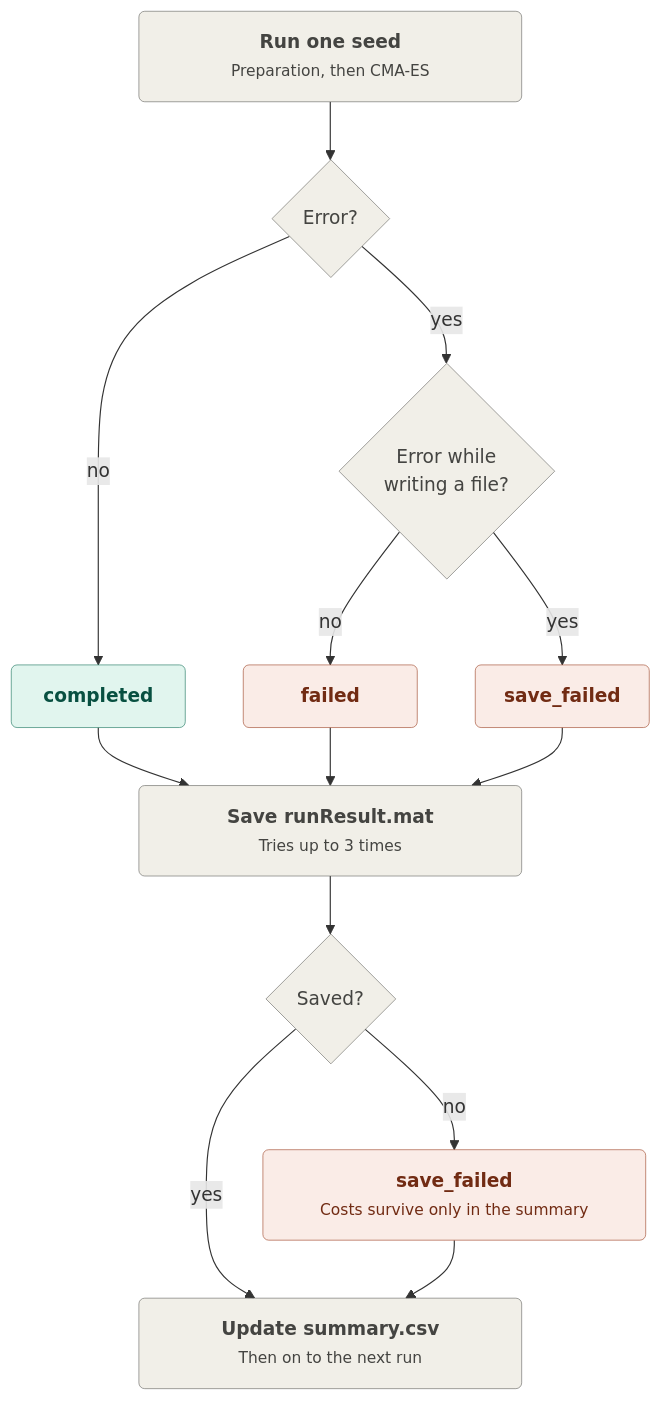
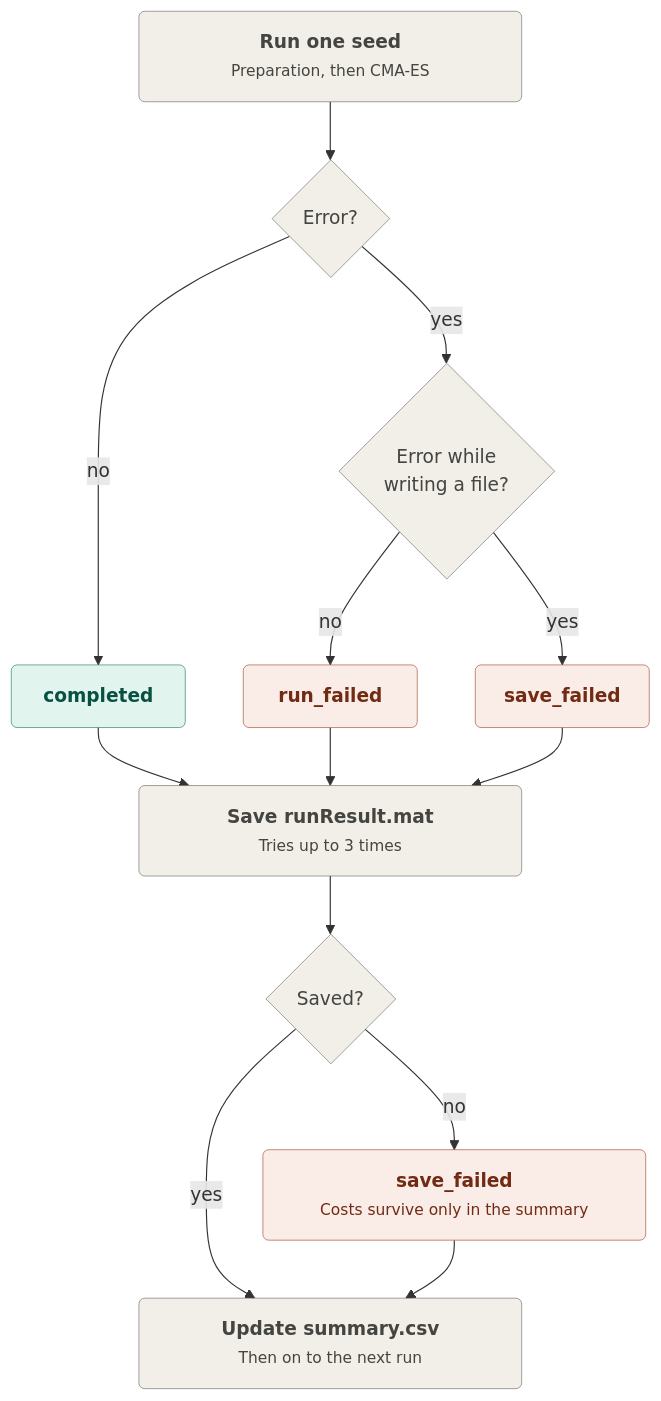
Before and after one commit to dacvm/UltrasoundBased2D3DBonePoseEstimation: the first of 3 diagrams in docs/bookkeeping.md, drawn with Mermaid. The commit also changed other lines of this file and 3 other files, not shown here.

Commit message:
Use the run_failed status name in the docs

````diff
--- a/docs/bookkeeping.md
+++ b/docs/bookkeeping.md
@@ -47,26 +47,26 @@
 ```mermaid
 flowchart TD
     classDef book fill:#F1EFE8,stroke:#5F5E5A,color:#444441,stroke-width:0.5px
     classDef ok   fill:#E1F5EE,stroke:#0F6E56,color:#085041,stroke-width:0.5px
     classDef fail fill:#FAECE7,stroke:#993C1D,color:#712B13,stroke-width:0.5px
 
     A("<span style='display:inline-block;width:300px'><b>Run one seed</b><br/><small>Preparation, then CMA-ES</small></span>"):::book
     Q1{"Error?"}:::book
     Q2{"Error while<br/>writing a file?"}:::book
     OK("<span style='display:inline-block;width:120px'><b>completed</b></span>"):::ok
-    F("<span style='display:inline-block;width:120px'><b>failed</b></span>"):::fail
+    F("<span style='display:inline-block;width:120px'><b>run_failed</b></span>"):::fail
     SF("<span style='display:inline-block;width:120px'><b>save_failed</b></span>"):::fail
     S("<span style='display:inline-block;width:300px'><b>Save runResult.mat</b><br/><small>Tries up to 3 times</small></span>"):::book
     Q3{"Saved?"}:::book
     SF2("<span style='display:inline-block;width:300px'><b>save_failed</b><br/><small>Costs survive only in the summary</small></span>"):::fail
     U("<span style='display:inline-block;width:300px'><b>Update summary.csv</b><br/><small>Then on to the next run</small></span>"):::book
 
     A --> Q1
     Q1 -- no --> OK
     Q1 -- yes --> Q2
     Q2 -- no --> F
     Q2 -- yes --> SF
     OK & F & SF --> S --> Q3
     Q3 -- yes --> U
     Q3 -- no --> SF2 --> U
 ```
````
